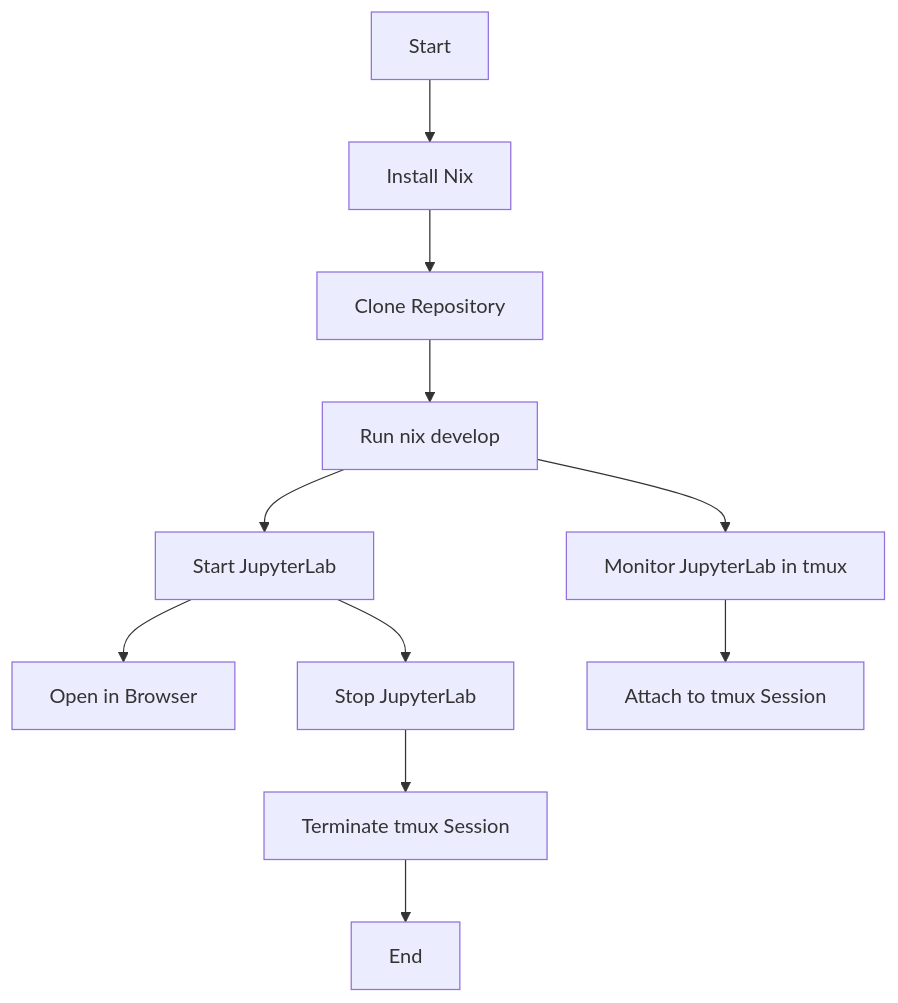
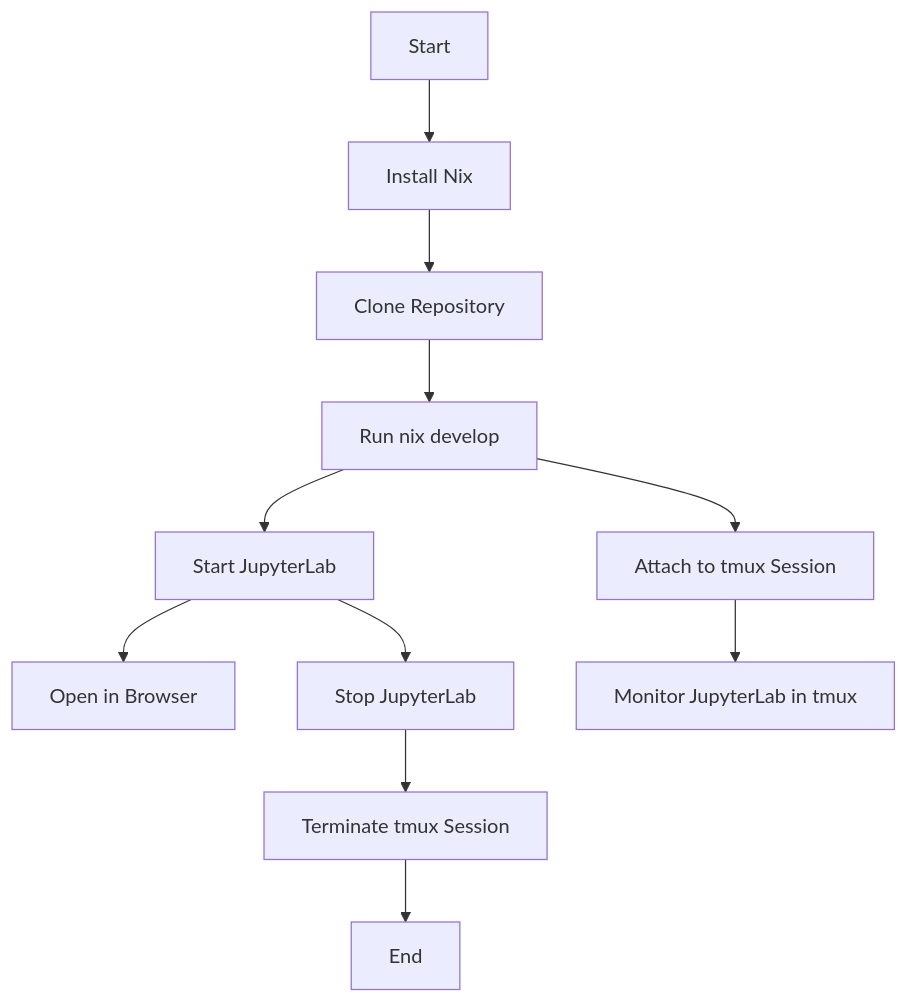
One commit to miklevin/darwinix changed the diagram in README.md. Above: the diagram before and after it, drawn with Mermaid.

Commit message:
Diagram tweak

````diff
--- a/README.md
+++ b/README.md
@@ -150,13 +150,13 @@
 ```mermaid
 graph TD;
     A[Start] --> B[Install Nix];
     B --> C[Clone Repository];
     C --> D[Run nix develop];
     D --> F[Start JupyterLab];
     F --> G[Open in Browser];
-    D --> H[Monitor JupyterLab in tmux];
-    H --> I[Attach to tmux Session];
+    D --> H[Attach to tmux Session];
+    H --> I[Monitor JupyterLab in tmux];
     F --> J[Stop JupyterLab];
     J --> K[Terminate tmux Session];
     K --> L[End];
 ```
````
